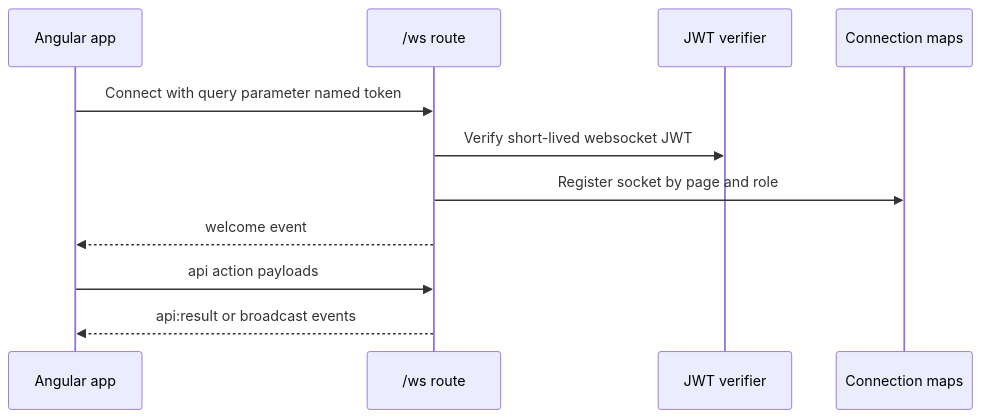
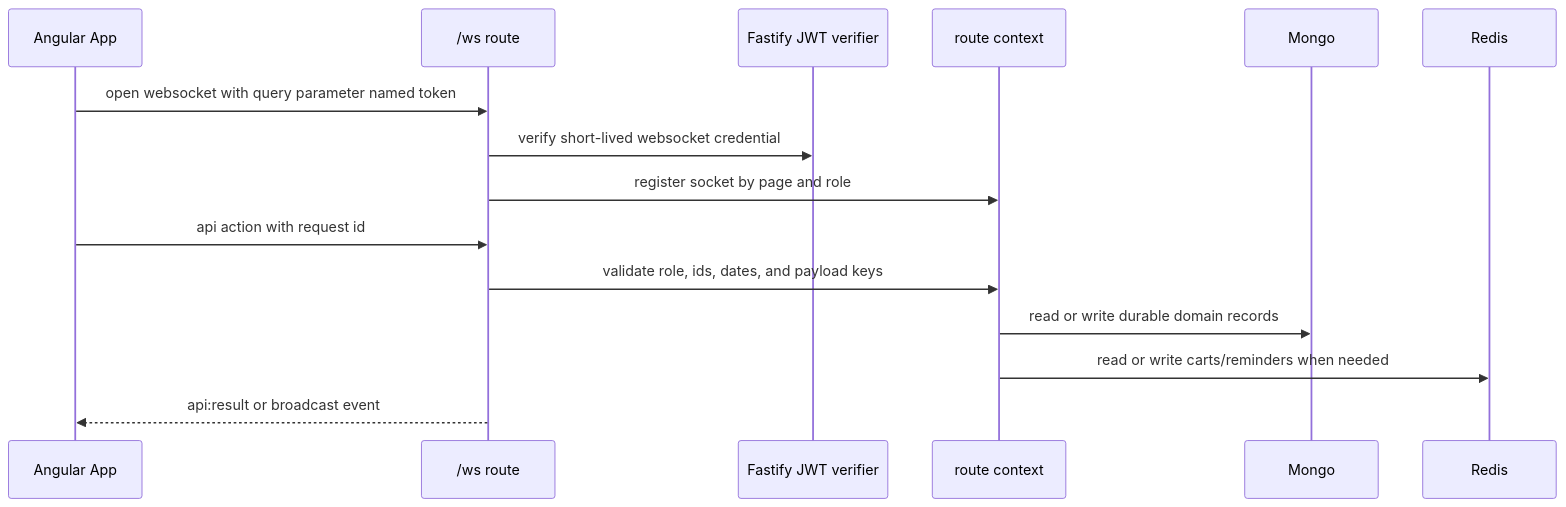
The third of 4 diagrams in .sdd/docs/architecture.md (lad75020/Rungis), drawn with Mermaid before and after one commit. The commit also changed other lines of this file and 5 other files, not shown here.

Commit message:
architecture docs

````diff
--- a/.sdd/docs/architecture.md
+++ b/.sdd/docs/architecture.md
@@ -225,14 +190,18 @@
 ```mermaid
 sequenceDiagram
-    participant A as Angular app
+    participant App as Angular App
     participant WS as /ws route
-    participant J as JWT verifier
-    participant C as Connection maps
+    participant JWT as Fastify JWT verifier
+    participant Context as route context
+    participant Mongo
+    participant Redis
 
-    A->>WS: Connect with query parameter named token
-    WS->>J: Verify short-lived websocket JWT
-    WS->>C: Register socket by page and role
-    WS-->>A: welcome event
-    A->>WS: api action payloads
-    WS-->>A: api:result or broadcast events
+    App->>WS: open websocket with query parameter named token
+    WS->>JWT: verify short-lived websocket credential
+    WS->>Context: register socket by page and role
+    App->>WS: api action with request id
+    WS->>Context: validate role, ids, dates, and payload keys
+    Context->>Mongo: read or write durable domain records
+    Context->>Redis: read or write carts/reminders when needed
+    WS-->>App: api:result or broadcast event
 ```
````
